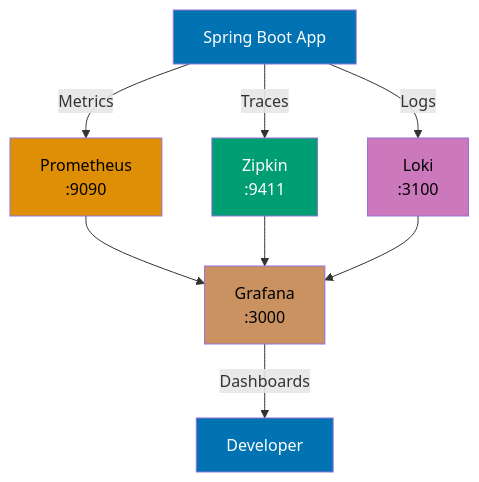
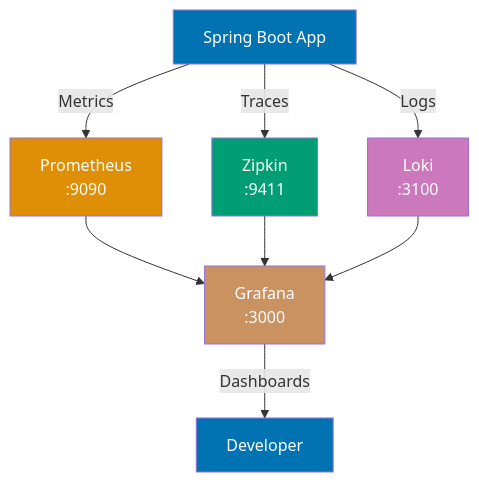
One commit to wahidyankf/open-sharia-enterprise changed the tenth of 10 diagrams in apps/ayokoding-web/content/en/learn/software-engineering/platform-web/tools/jvm-spring-boot/by-example/advanced.md. Above: the diagram before and after it, drawn with Mermaid. The commit also changed other lines of this file and 61 other files, not shown here.

First line of the commit message:
fix(ayokoding-web): quote Mermaid node labels with special characters in Example 63

````diff
--- a/apps/ayokoding-web/content/en/learn/software-engineering/platform-web/tools/jvm-spring-boot/by-example/advanced.md
+++ b/apps/ayokoding-web/content/en/learn/software-engineering/platform-web/tools/jvm-spring-boot/by-example/advanced.md
@@ -5181,20 +5181,20 @@
 ```mermaid
 %% Color Palette: Blue #0173B2, Orange #DE8F05, Teal #029E73, Purple #CC78BC, Brown #CA9161
 graph TD
     App[Spring Boot App] -->|Metrics| Prometheus[Prometheus<br/>:9090]
     App -->|Traces| Zipkin[Zipkin<br/>:9411]
     App -->|Logs| Loki[Loki<br/>:3100]
 
     Prometheus --> Grafana[Grafana<br/>:3000]
     Zipkin --> Grafana
     Loki --> Grafana
 
     Grafana -->|Dashboards| User[Developer]
 
     style App fill:#0173B2,color:#fff
-    style Prometheus fill:#DE8F05,color:#000
+    style Prometheus fill:#DE8F05,color:#fff
     style Zipkin fill:#029E73,color:#fff
-    style Loki fill:#CC78BC,color:#000
-    style Grafana fill:#CA9161,color:#000
+    style Loki fill:#CC78BC,color:#fff
+    style Grafana fill:#CA9161,color:#fff
     style User fill:#0173B2,color:#fff
 ```
````
